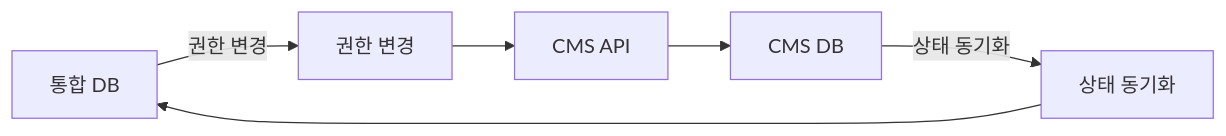
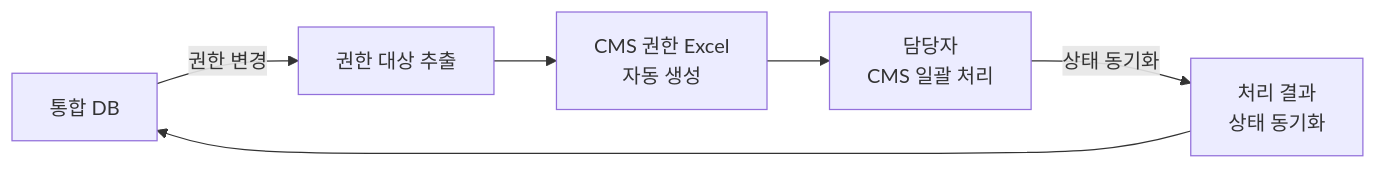
One commit to sknkwoxs/manual-book changed the fifth of 5 diagrams in src/content/docs/goodthinking-isp/04-design/data-integration.md. Above: the diagram before and after it, drawn with Mermaid. The commit also changed other lines of this file and 17 other files, not shown here.

First line of the commit message:
docs(goodthinking-isp): Phase 3.5-5 — Mermaid 수정, 외부 API→Excel 템플릿 전환, 개인정보 보호 모듈 강화

````diff
--- a/src/content/docs/goodthinking-isp/04-design/data-integration.md
+++ b/src/content/docs/goodthinking-isp/04-design/data-integration.md
@@ -200,14 +200,14 @@
 ```mermaid
 graph LR
     A["통합 DB"]
-    B["권한 변경"]
-    C["CMS API"]
-    D["CMS DB"]
-    E["상태 동기화"]
+    B["권한 대상 추출"]
+    C["CMS 권한 Excel<br/>자동 생성"]
+    D["담당자<br/>CMS 일괄 처리"]
+    E["처리 결과<br/>상태 동기화"]
     
     A -->|권한 변경| B
     B --> C
     C --> D
     D -->|상태 동기화| E
     E --> A
 ```
````
